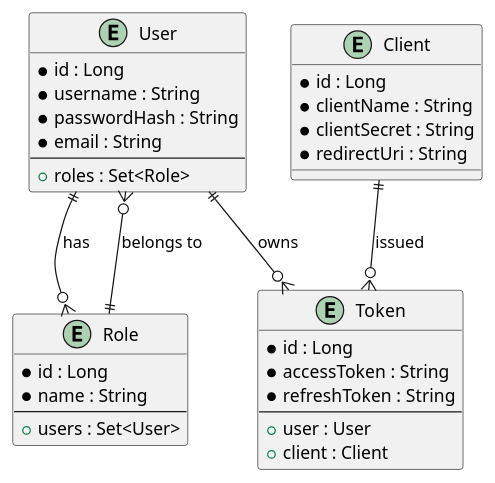
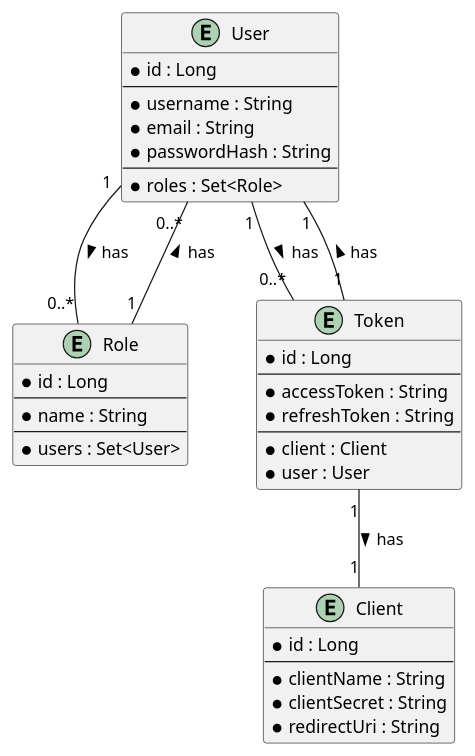
The fifth of 5 diagrams in identityprovider/documentation/detaileddesign.adoc (Dinesh-s95/AutoDoc.ai), drawn with PlantUML before and after one commit. The commit also changed other lines of this file and 4 other files, not shown here.

````diff
--- a/identityprovider/documentation/detaileddesign.adoc
+++ b/identityprovider/documentation/detaileddesign.adoc
@@ -416,40 +381,45 @@
 ```plantuml
 @startuml
-entity "User" as User {
-  *id : Long
-  *username : String
-  *passwordHash : String
-  *email : String
-  --
-  +roles : Set<Role>
+entity User {
+    * id : Long
+    --
+    * username : String
+    * email : String
+    * passwordHash : String
+    --
+    * roles : Set<Role>
 }
 
-entity "Role" as Role {
-  *id : Long
-  *name : String
-  --
-  +users : Set<User>
+entity Role {
+    * id : Long
+    --
+    * name : String
+    --
+    * users : Set<User>
 }
 
-entity "Client" as Client {
-  *id : Long
-  *clientName : String
-  *clientSecret : String
-  *redirectUri : String
+entity Client {
+    * id : Long
+    --
+    * clientName : String
+    * clientSecret : String
+    * redirectUri : String
 }
 
-entity "Token" as Token {
-  *id : Long
-  *accessToken : String
-  *refreshToken : String
-  --
-  +user : User
-  +client : Client
+entity Token {
+    * id : Long
+    --
+    * accessToken : String
+    * refreshToken : String
+    --
+    * client : Client
+    * user : User
 }
 
-User ||--o{ Role : has
-Role ||--o{ User : belongs to
-User ||--o{ Token : owns
-Client ||--o{ Token : issued
+User "1" -- "0..*" Role : has >
+Role "1" -- "0..*" User : has >
+User "1" -- "0..*" Token : has >
+Token "1" -- "1" Client : has >
+Token "1" -- "1" User : has >
 @enduml
 ```
````
